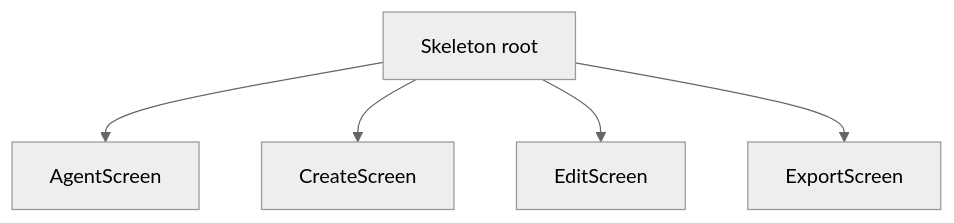
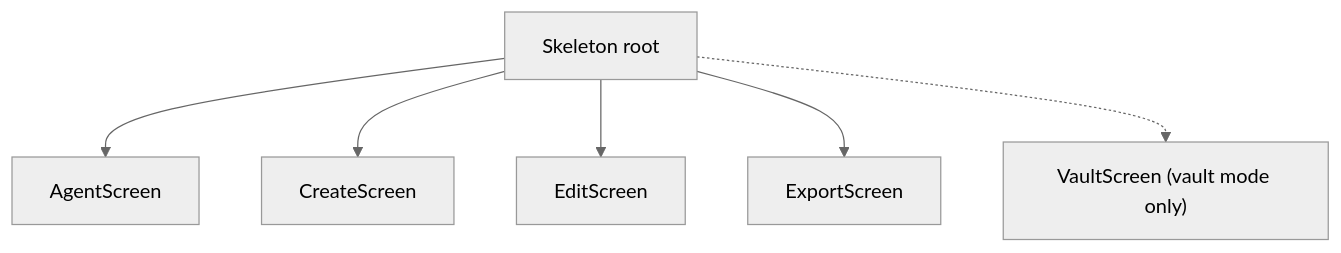
Before and after one commit to ollykeran/sshush: the diagram in docs/tui.md, drawn with Mermaid (neutral theme). The commit also changed other lines of this file and 8 other files, not shown here.

````diff
--- a/docs/tui.md
+++ b/docs/tui.md
@@ -9,12 +9,14 @@
 ```mermaid
 flowchart TD
   Skeleton[Skeleton root]
   Agent[AgentScreen]
   Create[CreateScreen]
   Edit[EditScreen]
   Export[ExportScreen]
+  Vault["VaultScreen (vault mode only)"]
   Skeleton --> Agent
   Skeleton --> Create
   Skeleton --> Edit
   Skeleton --> Export
+  Skeleton -.-> Vault
 ```
````
